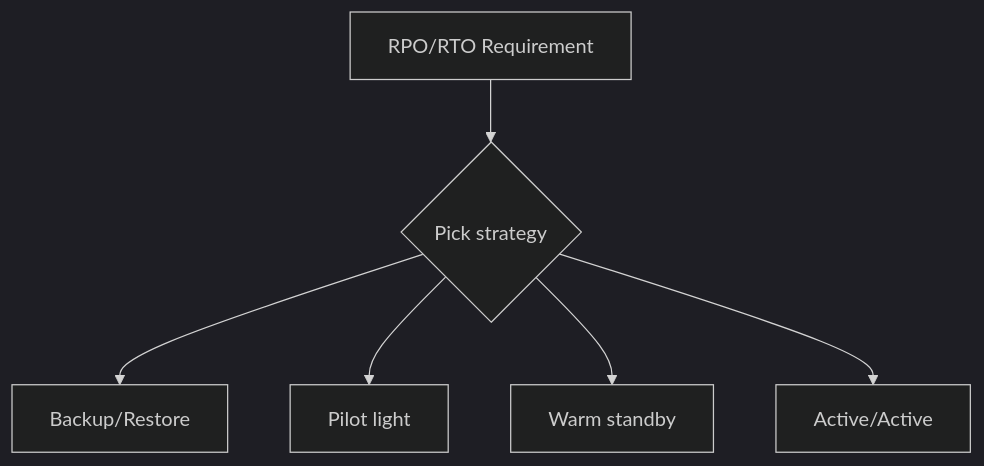
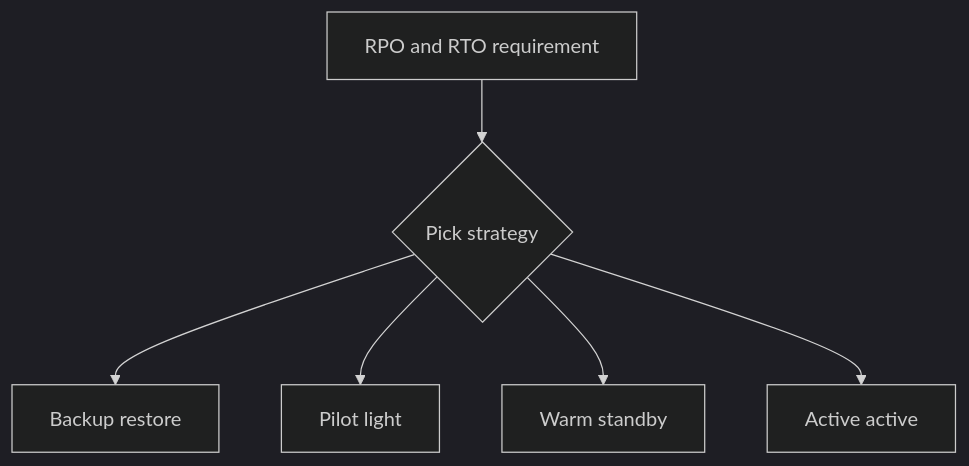
Before and after one commit to niceguy61/aws-saa-lecture-2026: the second of 2 diagrams in aws-saa/week02-domain02-resilient-architectures/day01/01-theory.md, drawn with Mermaid (dark theme). The commit also changed other lines of this file and 9 other files, not shown here.

Commit message:
Normalize mermaid labels to avoid special-char parse issues

````diff
--- a/aws-saa/week02-domain02-resilient-architectures/day01/01-theory.md
+++ b/aws-saa/week02-domain02-resilient-architectures/day01/01-theory.md
@@ -45,8 +45,8 @@
 ```mermaid
 flowchart TB
-  Req[RPO/RTO Requirement] --> Menu{Pick strategy}
-  Menu --> BR[Backup/Restore]
+  Req[RPO and RTO requirement] --> Menu{Pick strategy}
+  Menu --> BR[Backup restore]
   Menu --> PL[Pilot light]
   Menu --> WS[Warm standby]
-  Menu --> AA[Active/Active]
+  Menu --> AA[Active active]
 ```
````
